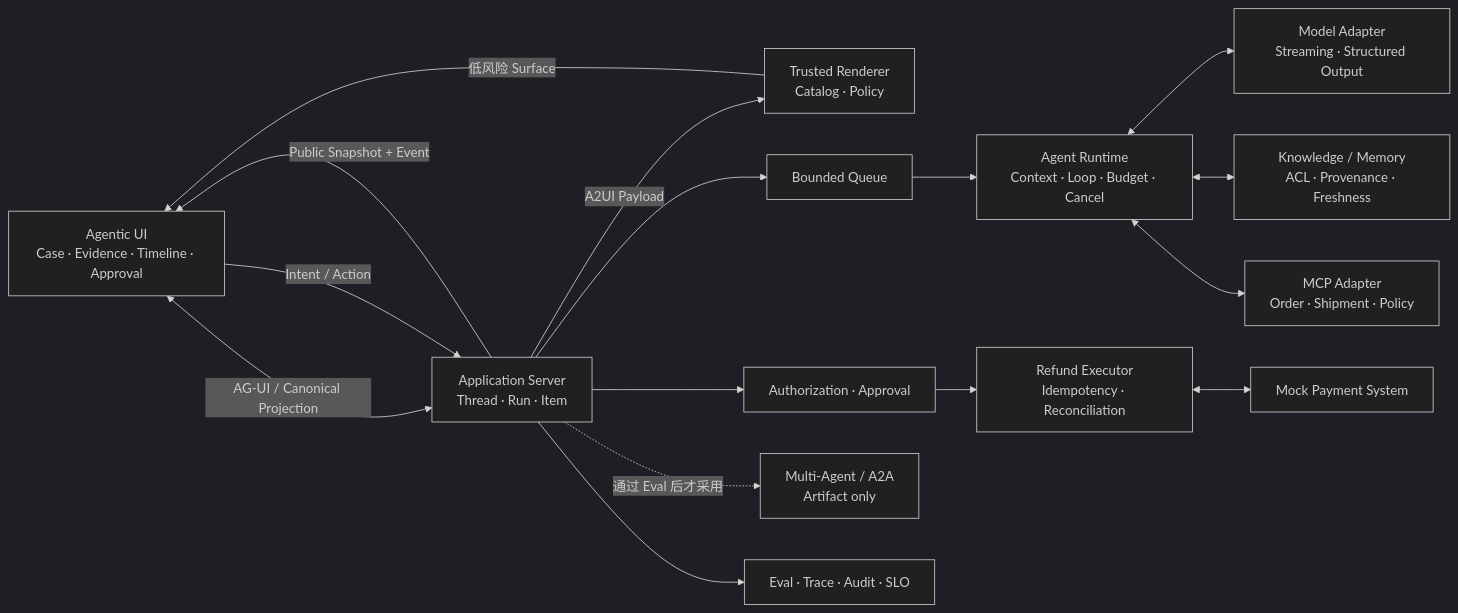
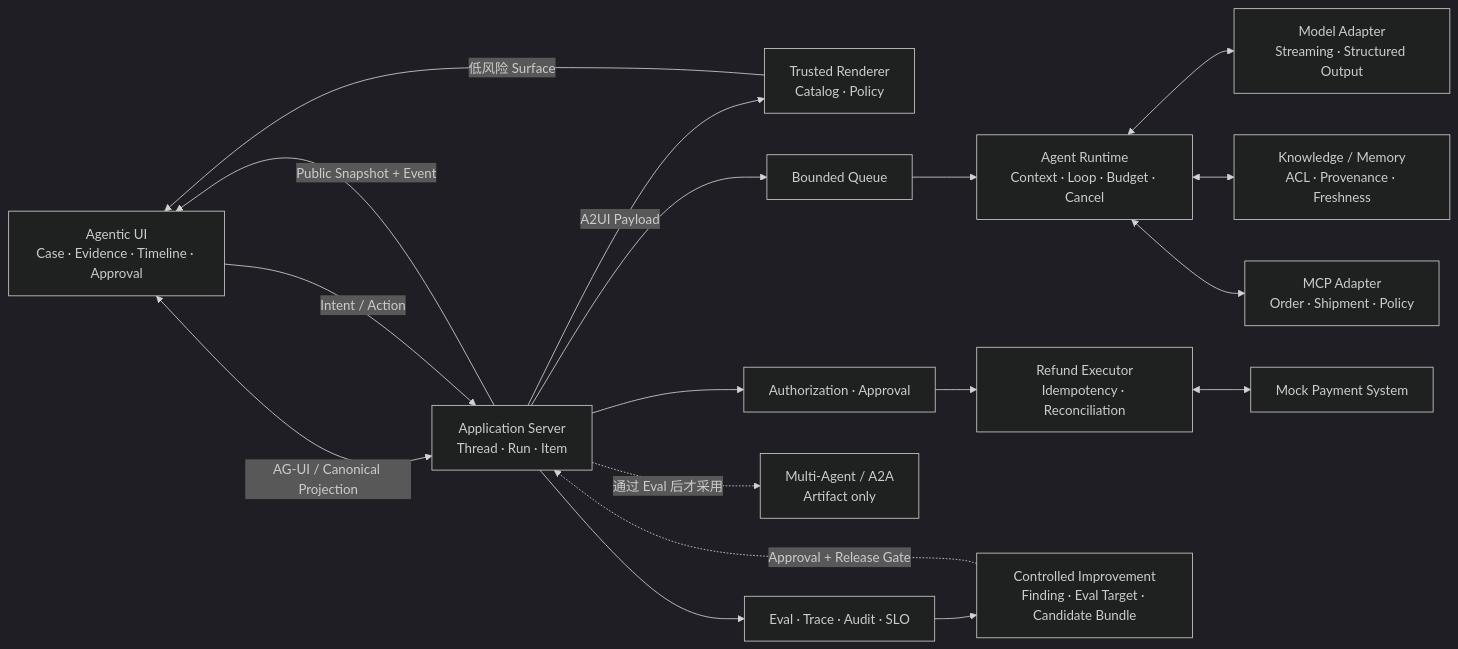
One commit to whatthehan/masterpiece-static-docs changed the second of 2 diagrams in site/index.md. Above: the diagram before and after it, drawn with Mermaid (dark theme). The commit also changed other lines of this file and 144 other files, not shown here.

````diff
--- a/site/index.md
+++ b/site/index.md
@@ -80,18 +87,20 @@
 ```mermaid
 flowchart LR
     UI["Agentic UI<br/>Case · Evidence · Timeline · Approval"] <-->|"AG-UI / Canonical Projection"| APP["Application Server<br/>Thread · Run · Item"]
     APP -->|"Public Snapshot + Event"| UI
     APP -->|"A2UI Payload"| RENDERER["Trusted Renderer<br/>Catalog · Policy"]
     RENDERER -->|"低风险 Surface"| UI
     UI -->|"Intent / Action"| APP
     APP --> QUEUE["Bounded Queue"]
     QUEUE --> RUNTIME["Agent Runtime<br/>Context · Loop · Budget · Cancel"]
     RUNTIME <--> MODEL["Model Adapter<br/>Streaming · Structured Output"]
     RUNTIME <--> KNOWLEDGE["Knowledge / Memory<br/>ACL · Provenance · Freshness"]
     RUNTIME <--> MCP["MCP Adapter<br/>Order · Shipment · Policy"]
     APP --> POLICY["Authorization · Approval"]
     POLICY --> EXEC["Refund Executor<br/>Idempotency · Reconciliation"]
     EXEC <--> PAYMENT["Mock Payment System"]
     APP -.->|"通过 Eval 后才采用"| REVIEW["Multi-Agent / A2A<br/>Artifact only"]
     APP --> EVIDENCE["Eval · Trace · Audit · SLO"]
+    EVIDENCE --> IMPROVE["Controlled Improvement<br/>Finding · Eval Target · Candidate Bundle"]
+    IMPROVE -.->|"Approval + Release Gate"| APP
 ```
````
